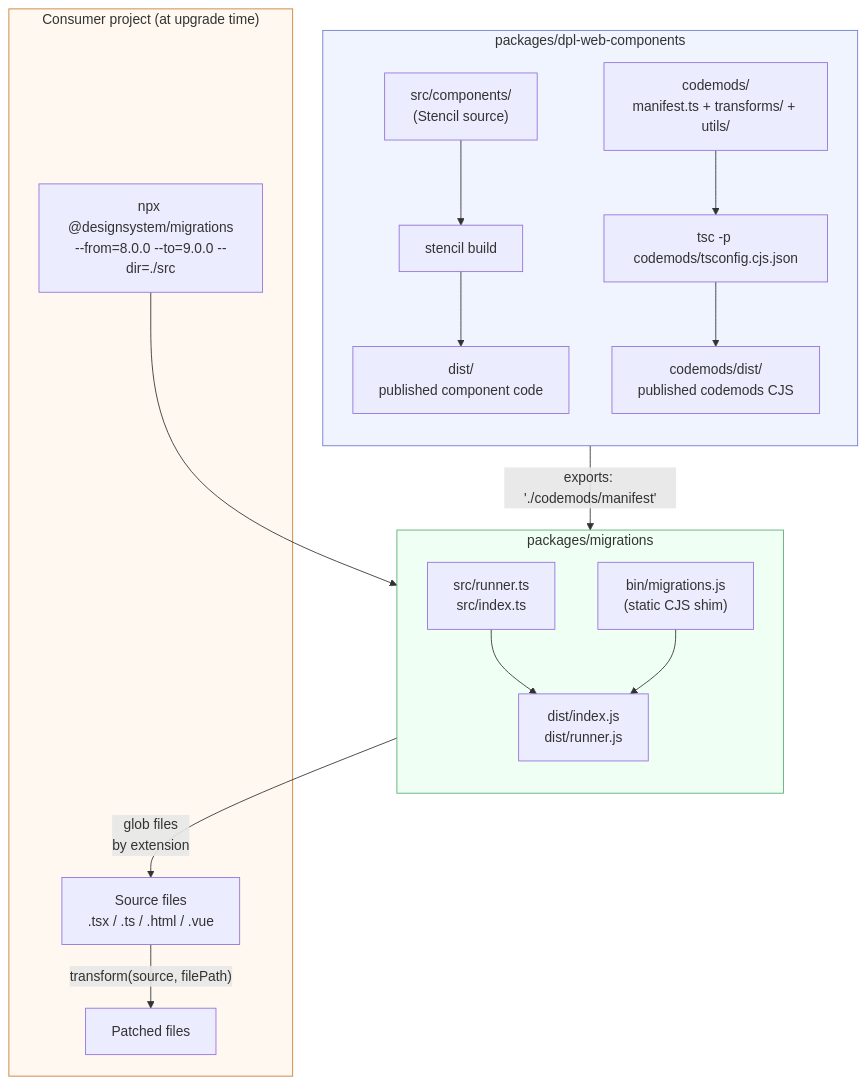
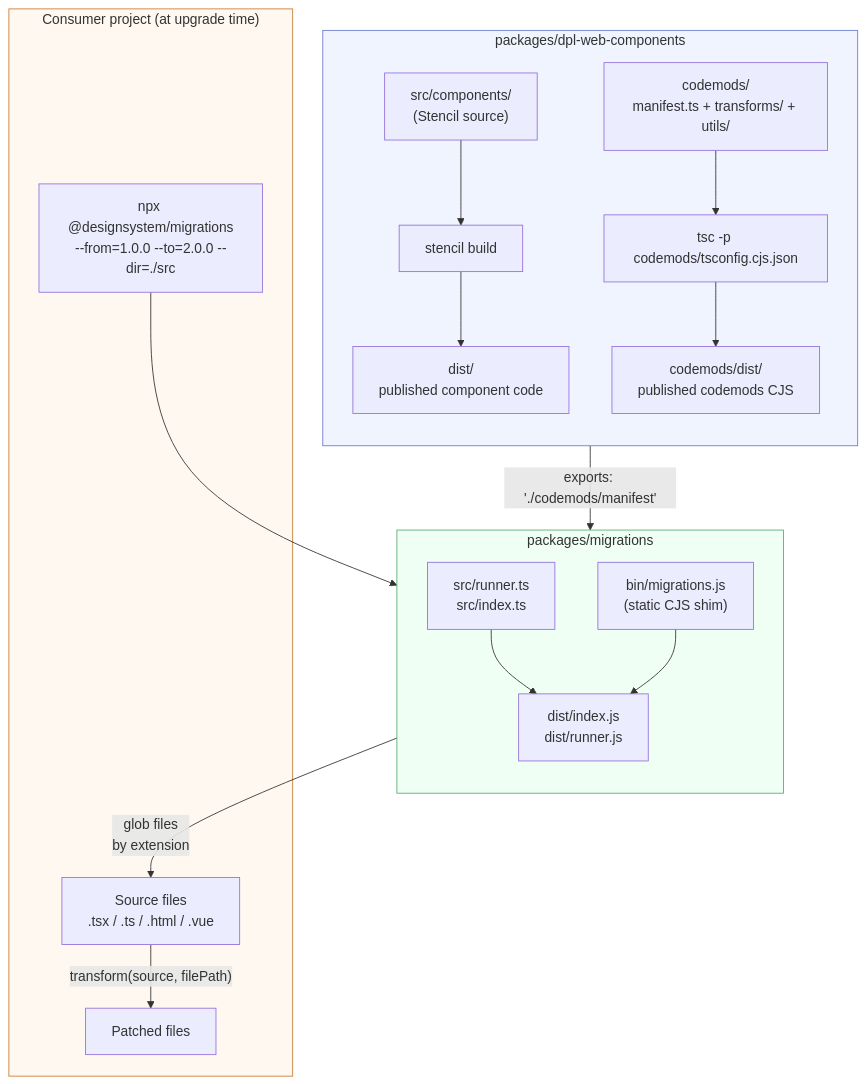
The first of 2 diagrams in packages/dpl-web-components/codemods/README.md (phhbr/nx), drawn with Mermaid before and after one commit. The commit also changed other lines of this file and 4 other files, not shown here.

````diff
--- a/packages/dpl-web-components/codemods/README.md
+++ b/packages/dpl-web-components/codemods/README.md
@@ -51,42 +54,42 @@
 ```mermaid
 flowchart TD
     subgraph dpl["packages/dpl-web-components"]
         direction TB
         SRC["src/components/\n(Stencil source)"]
         STENCIL["stencil build"]
         COMP_DIST["dist/\npublished component code"]
 
         CM_SRC["codemods/\nmanifest.ts + transforms/ + utils/"]
         CM_TSC["tsc -p codemods/tsconfig.cjs.json"]
         CM_DIST["codemods/dist/\npublished codemods CJS"]
 
         SRC --> STENCIL --> COMP_DIST
         CM_SRC --> CM_TSC --> CM_DIST
     end
 
     subgraph mig["packages/migrations"]
         direction TB
         RUNNER_SRC["src/runner.ts\nsrc/index.ts"]
         RUNNER_DIST["dist/index.js\ndist/runner.js"]
         BIN["bin/migrations.js\n(static CJS shim)"]
 
         RUNNER_SRC --> RUNNER_DIST
         BIN --> RUNNER_DIST
     end
 
     CM_DIST -- "exports: './codemods/manifest'" --> RUNNER_DIST
 
     subgraph consumer["Consumer project (at upgrade time)"]
-        CLI["npx @designsystem/migrations\n--from=8.0.0 --to=9.0.0 --dir=./src"]
+        CLI["npx @designsystem/migrations\n--from=1.0.0 --to=2.0.0 --dir=./src"]
         FILES["Source files\n.tsx / .ts / .html / .vue"]
         PATCHED["Patched files"]
 
         CLI --> RUNNER_DIST
         RUNNER_DIST -->|"glob files\nby extension"| FILES
         FILES -->|"transform(source, filePath)"| PATCHED
     end
 
     style dpl fill:#f0f4ff,stroke:#6b7acd
     style mig fill:#f0fff4,stroke:#5aab72
     style consumer fill:#fff8f0,stroke:#c97c2e
 ```
````
